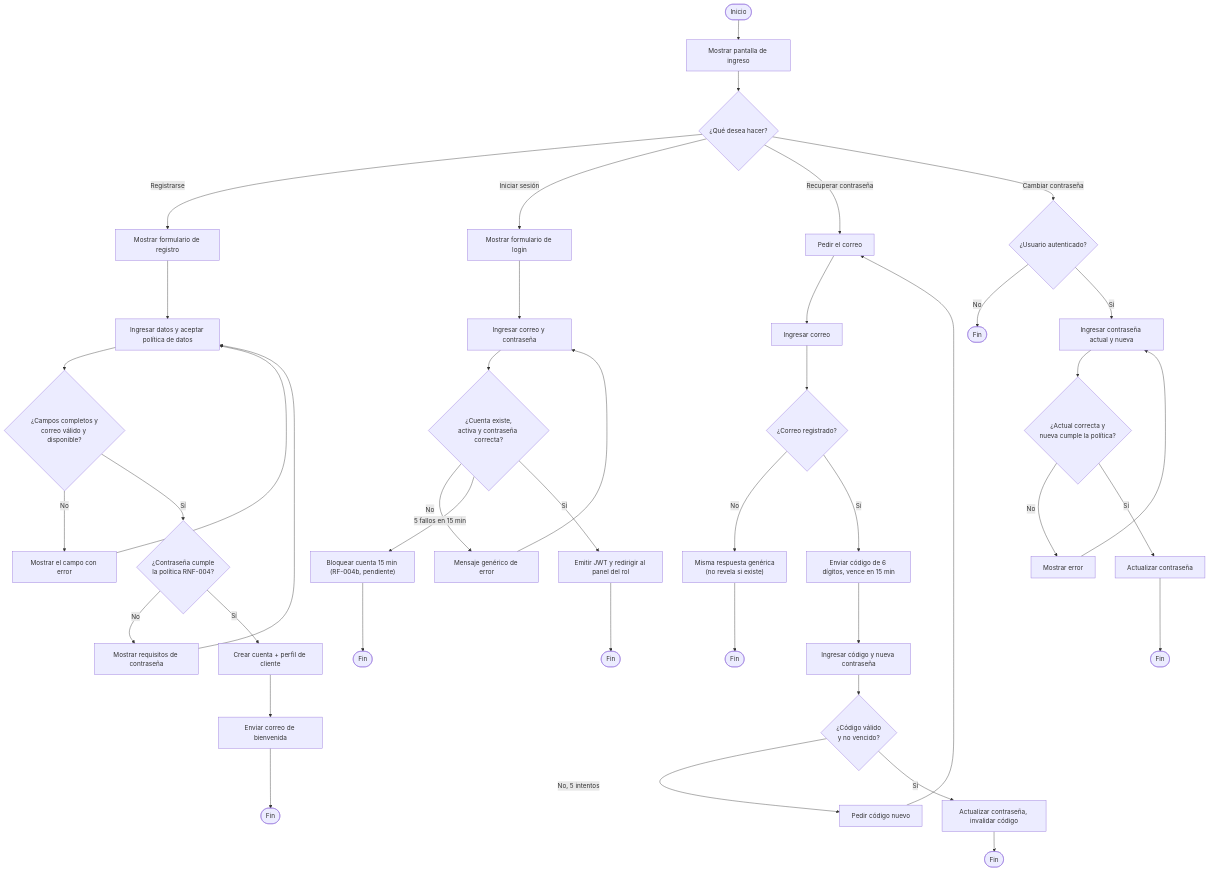
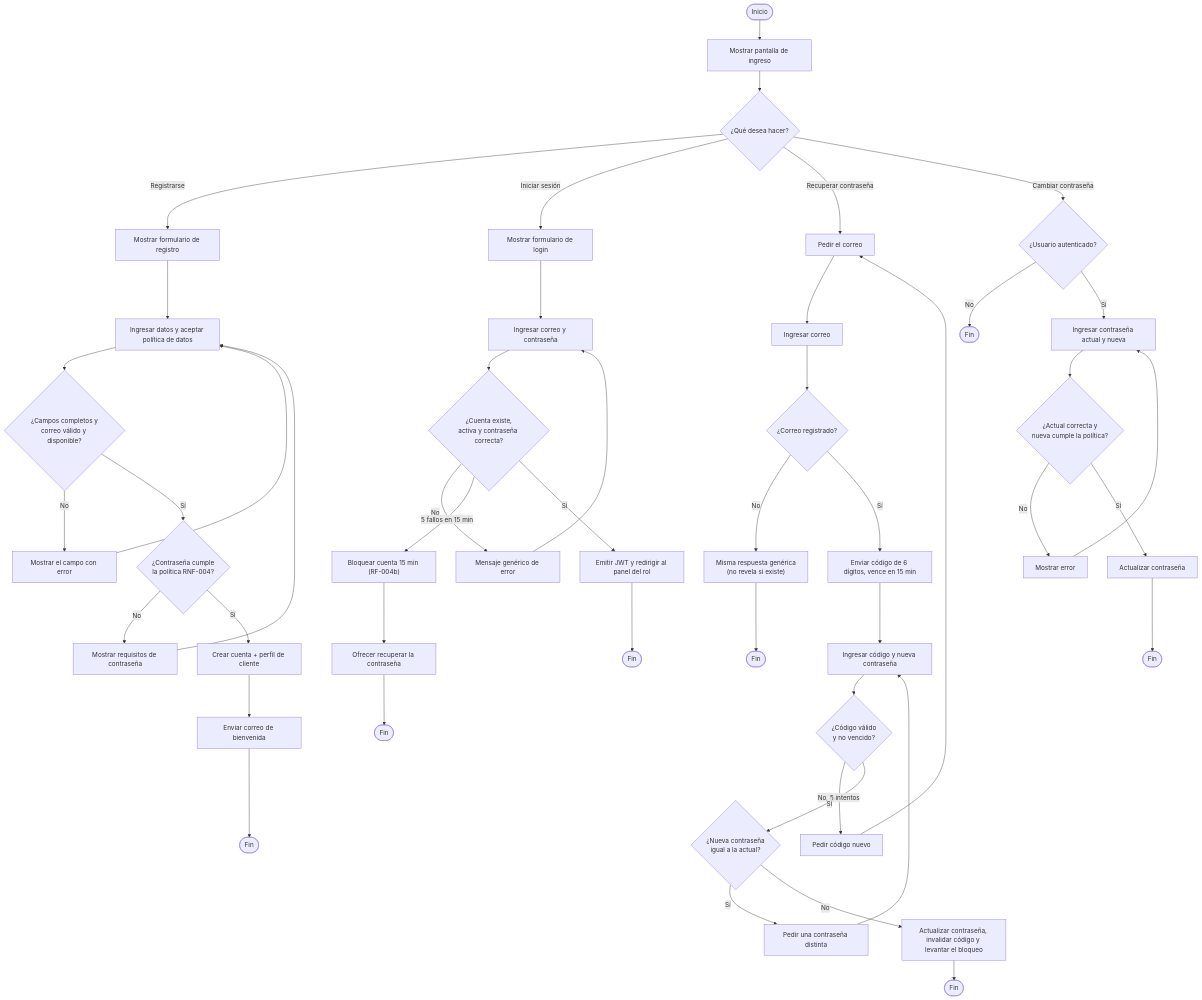
Before and after one commit to BrayanCABRERA123/lavarapido-docs: diagram 14 of 24 in 02-analisis-vistas-dinamicas/ES/analisis-vistas-dinamicas.md, drawn with Mermaid. The commit also changed other lines of this file and 1 other file, not shown here.

````diff
--- a/02-analisis-vistas-dinamicas/ES/analisis-vistas-dinamicas.md
+++ b/02-analisis-vistas-dinamicas/ES/analisis-vistas-dinamicas.md
@@ -470,49 +569,53 @@
 ```mermaid
 flowchart TD
     start([Inicio]) --> menu[Mostrar pantalla de ingreso]
     menu --> choice{¿Qué desea hacer?}
 
     choice -->|Registrarse| f1[Mostrar formulario de registro]
     f1 --> d1[Ingresar datos y aceptar política de datos]
     d1 --> v1{¿Campos completos y<br/>correo válido y disponible?}
     v1 -->|No| e1[Mostrar el campo con error]
     e1 --> d1
     v1 -->|Sí| v2{¿Contraseña cumple<br/>la política RNF-004?}
     v2 -->|No| e2[Mostrar requisitos de contraseña]
     e2 --> d1
     v2 -->|Sí| ok1[Crear cuenta + perfil de cliente]
     ok1 --> mail1[Enviar correo de bienvenida]
     mail1 --> stop1([Fin])
 
     choice -->|Iniciar sesión| f2[Mostrar formulario de login]
     f2 --> d2[Ingresar correo y contraseña]
     d2 --> v3{¿Cuenta existe,<br/>activa y contraseña correcta?}
     v3 -->|No| e3[Mensaje genérico de error]
     e3 --> d2
-    v3 -->|"5 fallos en 15 min"| lock["Bloquear cuenta 15 min (RF-004b, pendiente)"]
-    lock --> stop2([Fin])
+    v3 -->|"5 fallos en 15 min"| lock["Bloquear cuenta 15 min (RF-004b)"]
+    lock --> offer[Ofrecer recuperar la contraseña]
+    offer --> stop2([Fin])
     v3 -->|Sí| ok2[Emitir JWT y redirigir al panel del rol]
     ok2 --> stop3([Fin])
 
     choice -->|Recuperar contraseña| f3[Pedir el correo]
     f3 --> d3[Ingresar correo]
     d3 --> v4{¿Correo registrado?}
     v4 -->|No| e4["Misma respuesta genérica<br/>(no revela si existe)"]
     e4 --> stop4([Fin])
     v4 -->|Sí| code[Enviar código de 6 dígitos, vence en 15 min]
     code --> d4[Ingresar código y nueva contraseña]
     d4 --> v5{¿Código válido<br/>y no vencido?}
     v5 -->|No, 5 intentos| e5[Pedir código nuevo]
     e5 --> f3
-    v5 -->|Sí| ok3[Actualizar contraseña, invalidar código]
+    v5 -->|Sí| same{¿Nueva contraseña<br/>igual a la actual?}
+    same -->|Sí| e7[Pedir una contraseña distinta]
+    e7 --> d4
+    same -->|No| ok3[Actualizar contraseña, invalidar código y levantar el bloqueo]
     ok3 --> stop5([Fin])
 
     choice -->|Cambiar contraseña| auth{¿Usuario autenticado?}
     auth -->|No| stop6([Fin])
     auth -->|Sí| d5[Ingresar contraseña actual y nueva]
     d5 --> v6{¿Actual correcta y<br/>nueva cumple la política?}
     v6 -->|No| e6[Mostrar error]
     e6 --> d5
     v6 -->|Sí| ok4[Actualizar contraseña]
     ok4 --> stop7([Fin])
 ```
````
